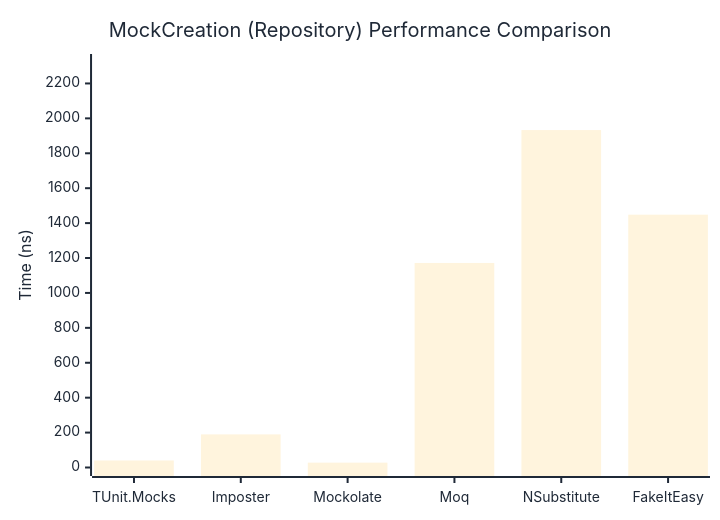
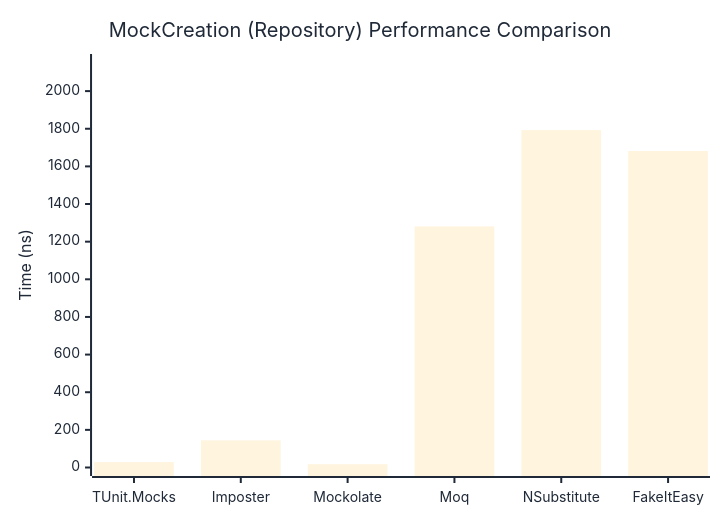
Before and after one commit to thomhurst/TUnit: the second of 2 diagrams in docs/docs/benchmarks/mocks/MockCreation.md, drawn with Mermaid. The commit also changed other lines of this file and 14 other files, not shown here.

````diff
--- a/docs/docs/benchmarks/mocks/MockCreation.md
+++ b/docs/docs/benchmarks/mocks/MockCreation.md
@@ -71,27 +71,27 @@
 ```mermaid
 %%{init: {
   'theme':'base',
   'themeVariables': {
     'primaryColor': '#2563eb',
     'primaryTextColor': '#1f2937',
     'primaryBorderColor': '#1e40af',
     'lineColor': '#6b7280',
     'secondaryColor': '#7c3aed',
     'tertiaryColor': '#dc2626',
     'background': '#ffffff',
     'pie1': '#2563eb',
     'pie2': '#7c3aed',
     'pie3': '#dc2626',
     'pie4': '#f59e0b',
     'pie5': '#10b981',
     'pie6': '#06b6d4',
     'pie7': '#ec4899',
     'pie8': '#6366f1'
   }
 }}%%
 xychart-beta
   title "MockCreation (Repository) Performance Comparison"
   x-axis ["TUnit.Mocks", "Imposter", "Mockolate", "Moq", "NSubstitute", "FakeItEasy"]
-  y-axis "Time (ns)" 0 --> 2320
-  bar [40.28, 189.69, 27.89, 1171.73, 1932.91, 1448.26]
+  y-axis "Time (ns)" 0 --> 2152
+  bar [28.58, 144.43, 17.43, 1280.84, 1792.76, 1681.87]
 ```
````
